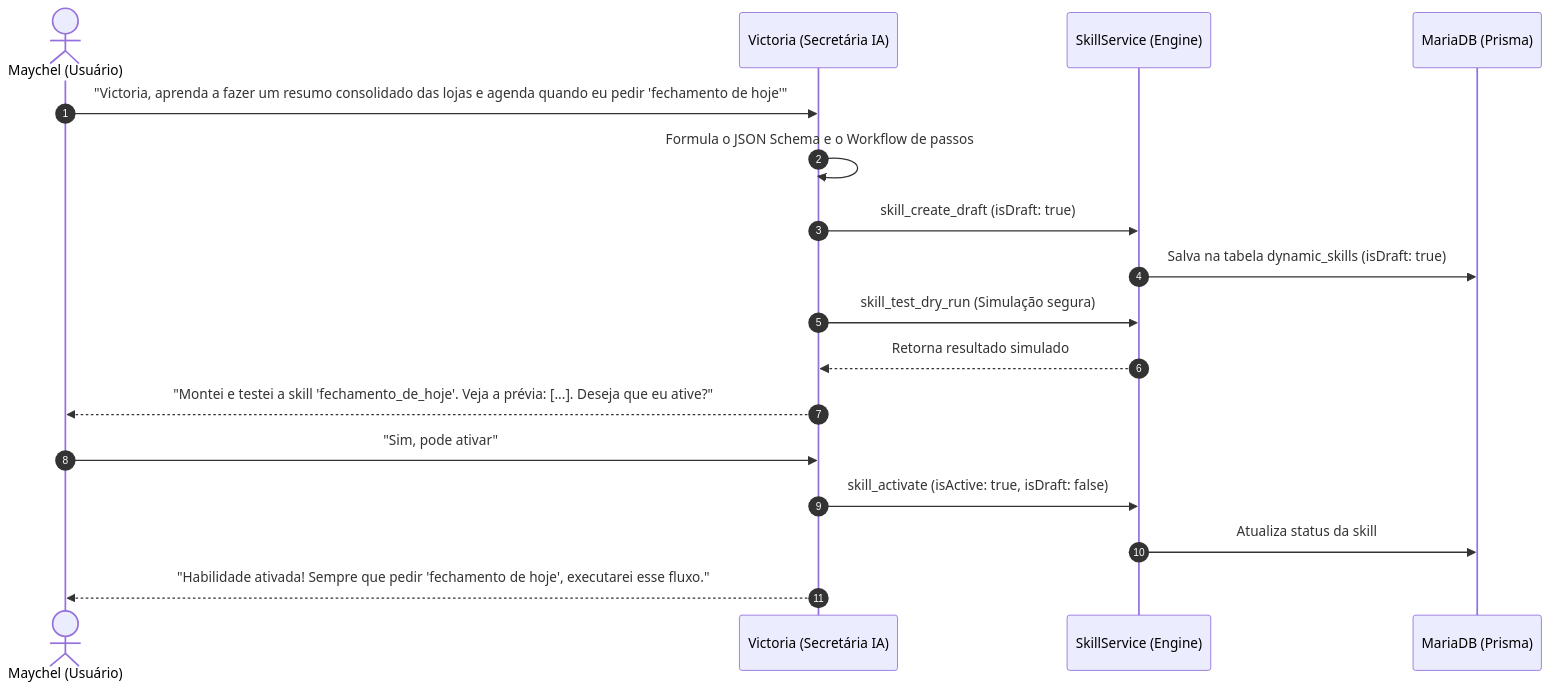
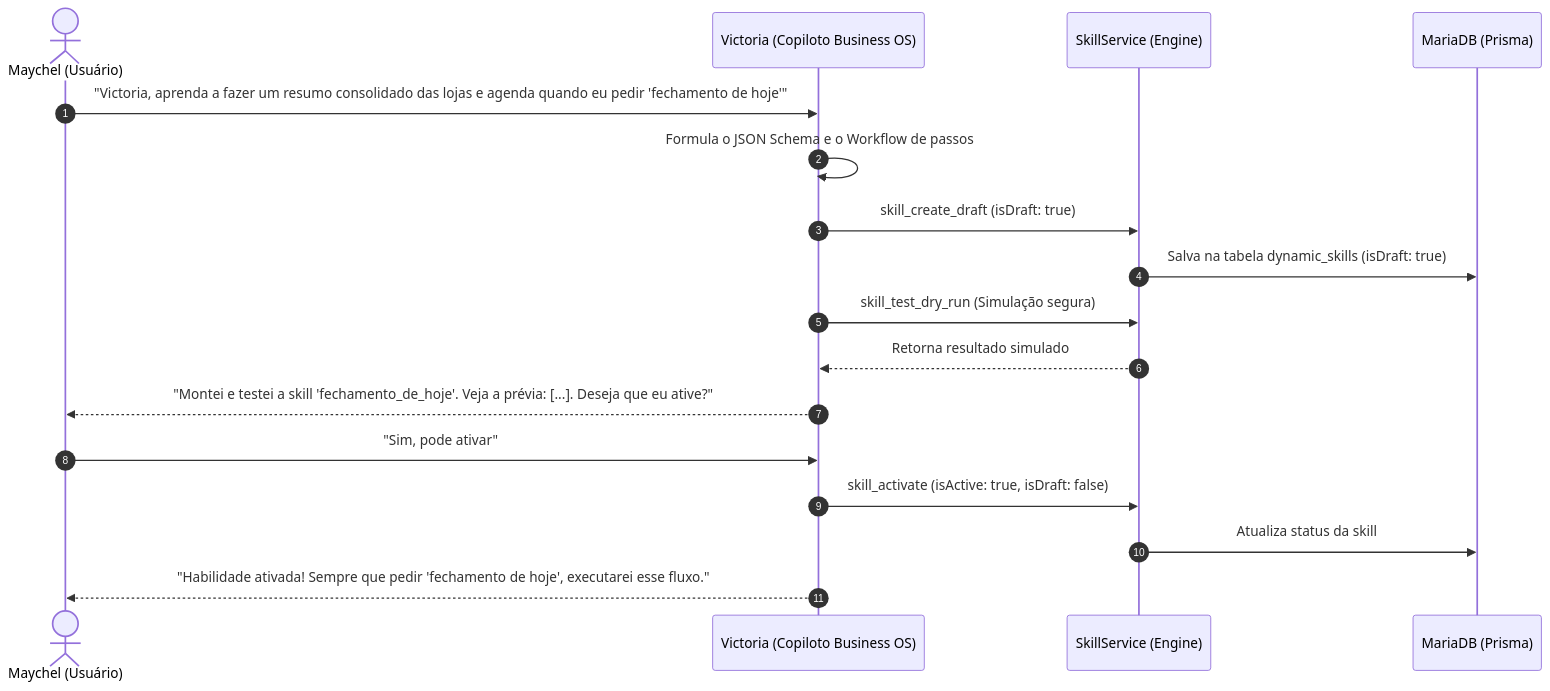
Before and after one commit to zMalves/business-os: the diagram in docs/DYNAMIC_SKILLS_GUIDE.md, drawn with Mermaid. The commit also changed other lines of this file and 20 other files, not shown here.

Commit message:
feat(branding): harmonize all communication, prompts, docs, and routes to Business OS & Victoria Copilot

````diff
--- a/docs/DYNAMIC_SKILLS_GUIDE.md
+++ b/docs/DYNAMIC_SKILLS_GUIDE.md
@@ -20,20 +20,20 @@
 ```mermaid
 sequenceDiagram
     autonumber
     actor Maychel as Maychel (Usuário)
-    participant Victoria as Victoria (Secretária IA)
+    participant Victoria as Victoria (Copiloto Business OS)
     participant Engine as SkillService (Engine)
     participant DB as MariaDB (Prisma)
 
     Maychel->>Victoria: "Victoria, aprenda a fazer um resumo consolidado das lojas e agenda quando eu pedir 'fechamento de hoje'"
     Victoria->>Victoria: Formula o JSON Schema e o Workflow de passos
     Victoria->>Engine: skill_create_draft (isDraft: true)
     Engine->>DB: Salva na tabela dynamic_skills (isDraft: true)
     Victoria->>Engine: skill_test_dry_run (Simulação segura)
     Engine-->>Victoria: Retorna resultado simulado
     Victoria-->>Maychel: "Montei e testei a skill 'fechamento_de_hoje'. Veja a prévia: [...]. Deseja que eu ative?"
     Maychel->>Victoria: "Sim, pode ativar"
     Victoria->>Engine: skill_activate (isActive: true, isDraft: false)
     Engine->>DB: Atualiza status da skill
     Victoria-->>Maychel: "Habilidade ativada! Sempre que pedir 'fechamento de hoje', executarei esse fluxo."
 ```
````
